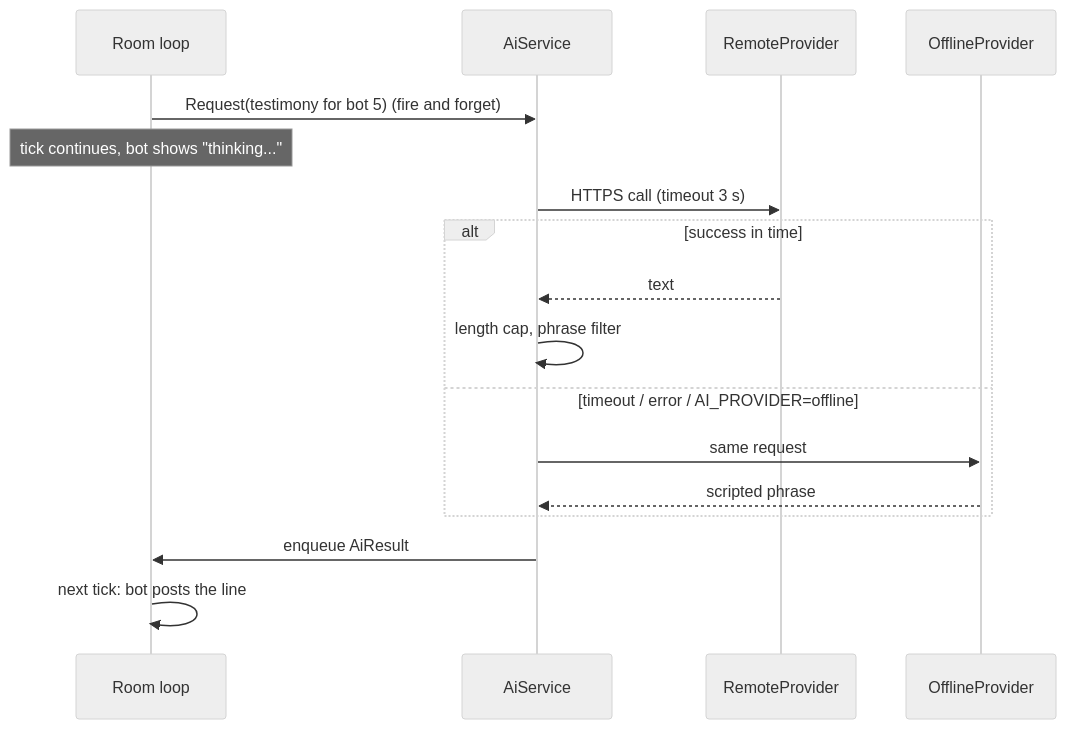
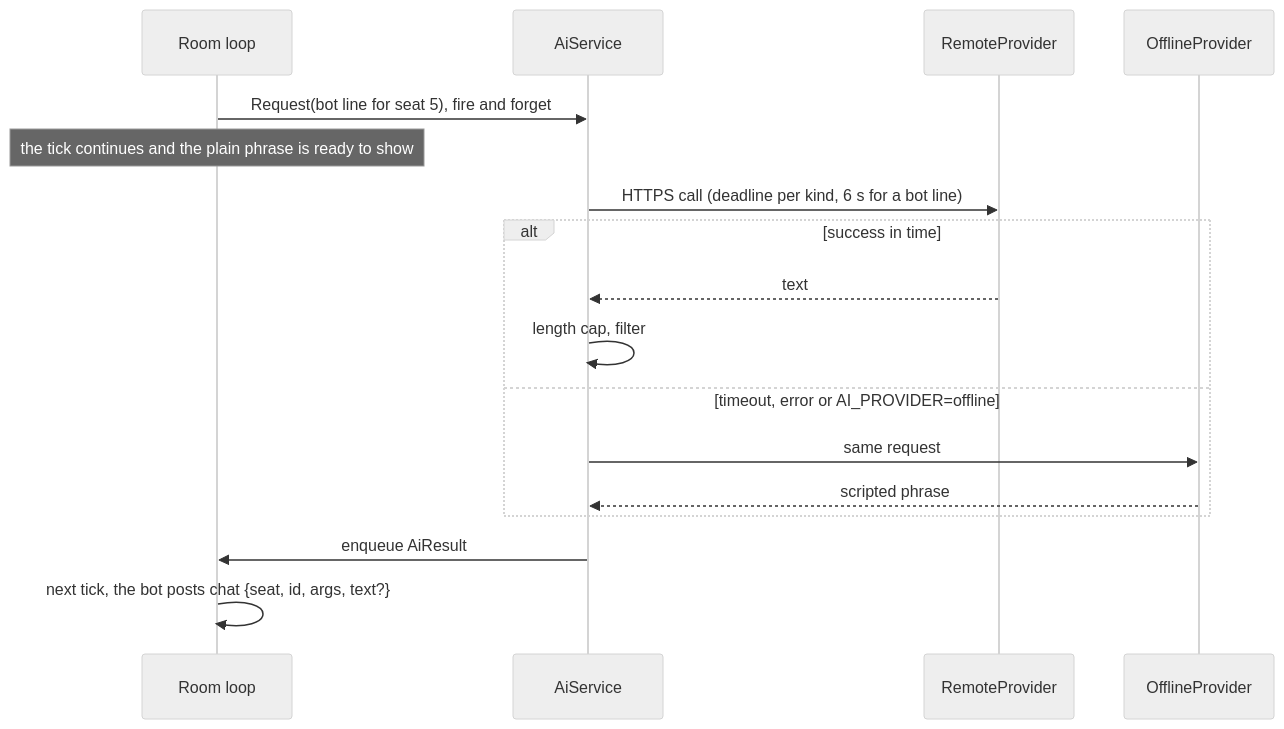
Before and after one commit to Faouzi-Blibech/EcoSus-Uncycled: the tenth of 11 diagrams in docs/architecture/05-sequences.md, drawn with Mermaid (neutral theme). The commit also changed other lines of this file and 11 other files, not shown here.

Commit message:
docs: second design review (2026-11-14) for the architecture views and the design spec

````diff
--- a/docs/architecture/05-sequences.md
+++ b/docs/architecture/05-sequences.md
@@ -217,19 +228,19 @@
 ```mermaid
 sequenceDiagram
     participant R as Room loop
     participant S as AiService
     participant Rem as RemoteProvider
     participant Fb as OfflineProvider
-    R->>S: Request(testimony for bot 5) (fire and forget)
-    Note over R: tick continues, bot shows "thinking..."
-    S->>Rem: HTTPS call (timeout 3 s)
+    R->>S: Request(bot line for seat 5), fire and forget
+    Note over R: the tick continues and the plain phrase is ready to show
+    S->>Rem: HTTPS call (deadline per kind, 6 s for a bot line)
     alt success in time
         Rem-->>S: text
-        S->>S: length cap, phrase filter
-    else timeout / error / AI_PROVIDER=offline
+        S->>S: length cap, filter
+    else timeout, error or AI_PROVIDER=offline
         S->>Fb: same request
         Fb-->>S: scripted phrase
     end
     S->>R: enqueue AiResult
-    R->>R: next tick: bot posts the line
+    R->>R: next tick, the bot posts chat {seat, id, args, text?}
 ```
````
